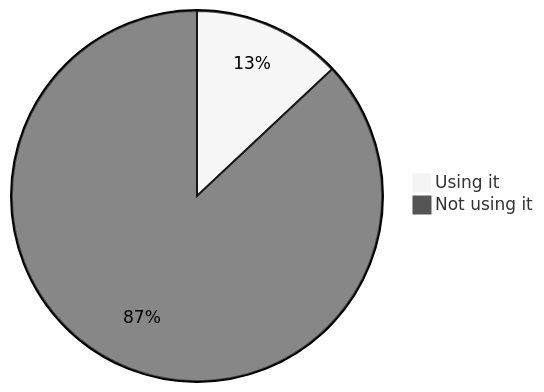
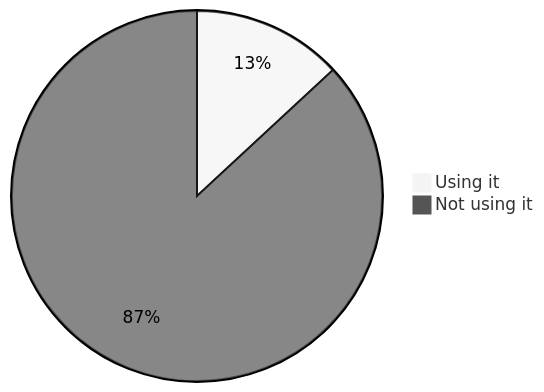
Diagram 13 of 22 in stats.md (oshp/oshp-stats), drawn with Mermaid (neutral theme) before and after one commit. The commit also changed other lines of this file, not shown here.

````diff
--- a/stats.md
+++ b/stats.md
@@ -154,6 +154,6 @@
 ```mermaid
 pie
-	"Using it" : 13.0
-	"Not using it" : 87.0
+	"Using it" : 13.1
+	"Not using it" : 86.9
 
 ```
````
